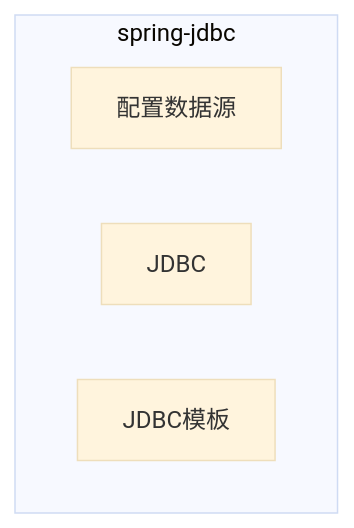
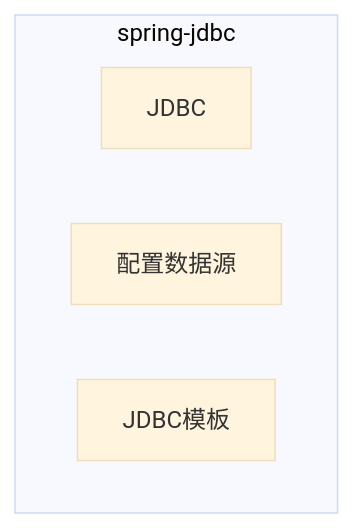
The first of 2 diagrams in framework/spring/spring-jdbc.md (learncc/notes), drawn with Mermaid (base theme) before and after one commit.

Commit message:
fix：排序问题

````diff
--- a/framework/spring/spring-jdbc.md
+++ b/framework/spring/spring-jdbc.md
@@ -7,8 +7,8 @@
 ```mermaid
 flowchart TB
   subgraph spring-jdbc
-    A[配置数据源]
-    B[JDBC]
+    A[JDBC]
+    B[配置数据源]
     C[JDBC模板]
   end
 ```
````
